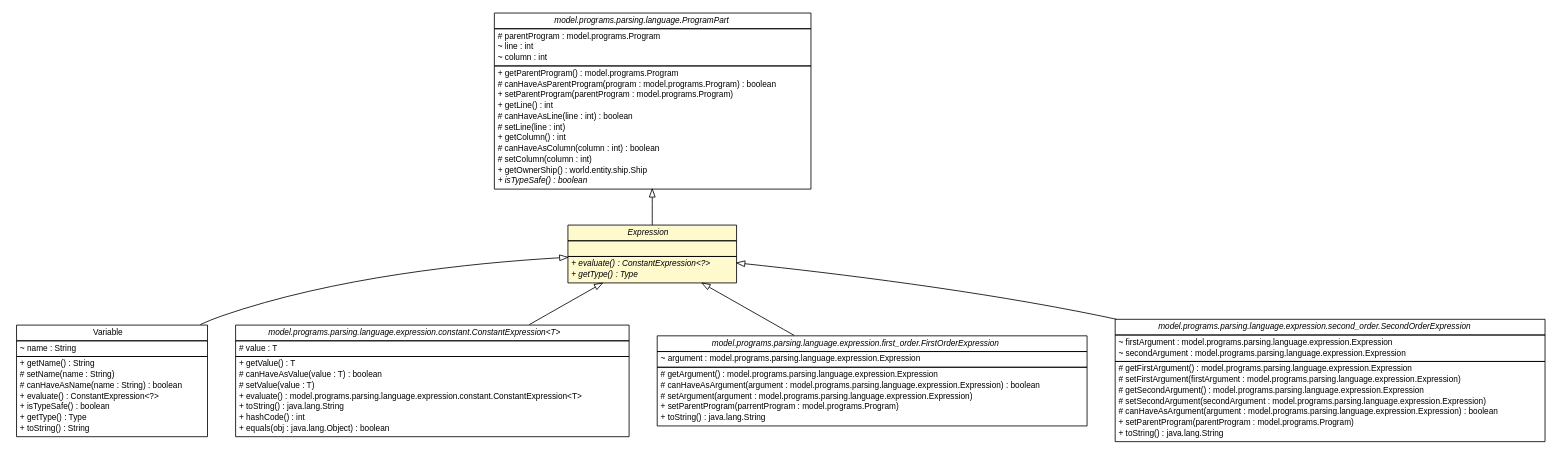
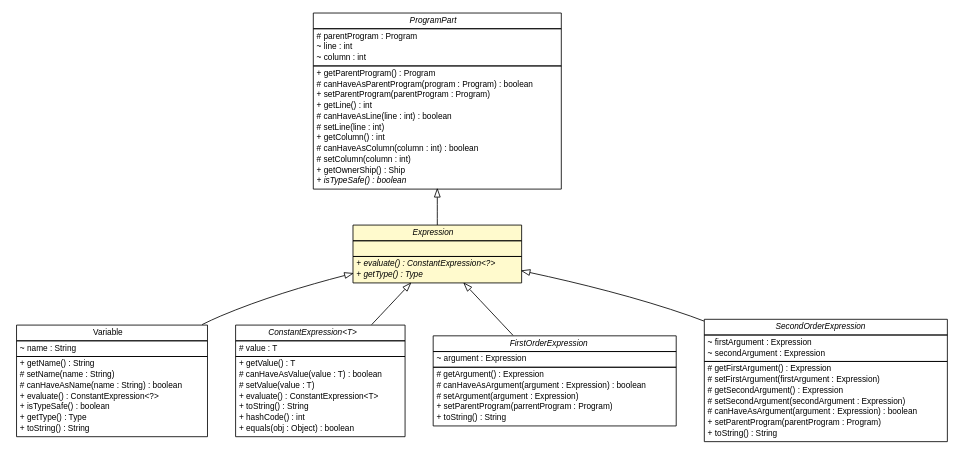
The diagram in doc/model/programs/parsing/language/expression/Expression.dot (sinopeus/asteroids), drawn with Graphviz before and after one commit. The commit also changed 412 other files, not shown here.

Commit message:
Some more UML shit.

```diff
--- a/doc/model/programs/parsing/language/expression/Expression.dot
+++ b/doc/model/programs/parsing/language/expression/Expression.dot
@@ -1,130 +1,130 @@
 #!/usr/local/bin/dot
 #
 # Class diagram 
 # Generated by UMLGraph version R5_6 (http://www.umlgraph.org/)
 #
 
 digraph G {
 	edge [fontname="Helvetica",fontsize=10,labelfontname="Helvetica",labelfontsize=10];
 	node [fontname="Helvetica",fontsize=10,shape=plaintext];
 	nodesep=0.25;
 	ranksep=0.5;
 	// model.programs.parsing.language.ProgramPart
 	c8461 [label=<<table title="model.programs.parsing.language.ProgramPart" border="0" cellborder="1" cellspacing="0" cellpadding="2" port="p" href="../ProgramPart.html">
 		<tr><td><table border="0" cellspacing="0" cellpadding="1">
-<tr><td align="center" balign="center"><font face="Helvetica-Oblique"> model.programs.parsing.language.ProgramPart </font></td></tr>
+<tr><td align="center" balign="center"><font face="Helvetica-Oblique"> ProgramPart </font></td></tr>
 		</table></td></tr>
 		<tr><td><table border="0" cellspacing="0" cellpadding="1">
-<tr><td align="left" balign="left"> # parentProgram : model.programs.Program </td></tr>
+<tr><td align="left" balign="left"> # parentProgram : Program </td></tr>
 <tr><td align="left" balign="left"> ~ line : int </td></tr>
 <tr><td align="left" balign="left"> ~ column : int </td></tr>
 		</table></td></tr>
 		<tr><td><table border="0" cellspacing="0" cellpadding="1">
-<tr><td align="left" balign="left"> + getParentProgram() : model.programs.Program </td></tr>
-<tr><td align="left" balign="left"> # canHaveAsParentProgram(program : model.programs.Program) : boolean </td></tr>
-<tr><td align="left" balign="left"> + setParentProgram(parentProgram : model.programs.Program) </td></tr>
+<tr><td align="left" balign="left"> + getParentProgram() : Program </td></tr>
+<tr><td align="left" balign="left"> # canHaveAsParentProgram(program : Program) : boolean </td></tr>
+<tr><td align="left" balign="left"> + setParentProgram(parentProgram : Program) </td></tr>
 <tr><td align="left" balign="left"> + getLine() : int </td></tr>
 <tr><td align="left" balign="left"> # canHaveAsLine(line : int) : boolean </td></tr>
 <tr><td align="left" balign="left"> # setLine(line : int) </td></tr>
 <tr><td align="left" balign="left"> + getColumn() : int </td></tr>
 <tr><td align="left" balign="left"> # canHaveAsColumn(column : int) : boolean </td></tr>
 <tr><td align="left" balign="left"> # setColumn(column : int) </td></tr>
-<tr><td align="left" balign="left"> + getOwnerShip() : world.entity.ship.Ship </td></tr>
+<tr><td align="left" balign="left"> + getOwnerShip() : Ship </td></tr>
 <tr><td align="left" balign="left"><font face="Helvetica-Oblique" point-size="10.0"> + isTypeSafe() : boolean </font></td></tr>
 		</table></td></tr>
 		</table>>, URL="../ProgramPart.html", fontname="Helvetica", fontcolor="black", fontsize=10.0];
 	// model.programs.parsing.language.expression.Variable
 	c8463 [label=<<table title="model.programs.parsing.language.expression.Variable" border="0" cellborder="1" cellspacing="0" cellpadding="2" port="p" href="./Variable.html">
 		<tr><td><table border="0" cellspacing="0" cellpadding="1">
 <tr><td align="center" balign="center"> Variable </td></tr>
 		</table></td></tr>
 		<tr><td><table border="0" cellspacing="0" cellpadding="1">
 <tr><td align="left" balign="left"> ~ name : String </td></tr>
 		</table></td></tr>
 		<tr><td><table border="0" cellspacing="0" cellpadding="1">
 <tr><td align="left" balign="left"> + getName() : String </td></tr>
 <tr><td align="left" balign="left"> # setName(name : String) </td></tr>
 <tr><td align="left" balign="left"> # canHaveAsName(name : String) : boolean </td></tr>
 <tr><td align="left" balign="left"> + evaluate() : ConstantExpression&lt;?&gt; </td></tr>
 <tr><td align="left" balign="left"> + isTypeSafe() : boolean </td></tr>
 <tr><td align="left" balign="left"> + getType() : Type </td></tr>
 <tr><td align="left" balign="left"> + toString() : String </td></tr>
 		</table></td></tr>
 		</table>>, URL="./Variable.html", fontname="Helvetica", fontcolor="black", fontsize=10.0];
 	// model.programs.parsing.language.expression.Expression
 	c8464 [label=<<table title="model.programs.parsing.language.expression.Expression" border="0" cellborder="1" cellspacing="0" cellpadding="2" port="p" bgcolor="lemonChiffon" href="./Expression.html">
 		<tr><td><table border="0" cellspacing="0" cellpadding="1">
 <tr><td align="center" balign="center"><font face="Helvetica-Oblique"> Expression </font></td></tr>
 		</table></td></tr>
 		<tr><td><table border="0" cellspacing="0" cellpadding="1">
 <tr><td align="left" balign="left">  </td></tr>
 		</table></td></tr>
 		<tr><td><table border="0" cellspacing="0" cellpadding="1">
 <tr><td align="left" balign="left"><font face="Helvetica-Oblique" point-size="10.0"> + evaluate() : ConstantExpression&lt;?&gt; </font></td></tr>
 <tr><td align="left" balign="left"><font face="Helvetica-Oblique" point-size="10.0"> + getType() : Type </font></td></tr>
 		</table></td></tr>
 		</table>>, URL="./Expression.html", fontname="Helvetica", fontcolor="black", fontsize=10.0];
 	// model.programs.parsing.language.expression.constant.ConstantExpression<T>
 	c8465 [label=<<table title="model.programs.parsing.language.expression.constant.ConstantExpression" border="0" cellborder="1" cellspacing="0" cellpadding="2" port="p" href="./constant/ConstantExpression.html">
 		<tr><td><table border="0" cellspacing="0" cellpadding="1">
-<tr><td align="center" balign="center"><font face="Helvetica-Oblique"> model.programs.parsing.language.expression.constant.ConstantExpression&lt;T&gt; </font></td></tr>
+<tr><td align="center" balign="center"><font face="Helvetica-Oblique"> ConstantExpression&lt;T&gt; </font></td></tr>
 		</table></td></tr>
 		<tr><td><table border="0" cellspacing="0" cellpadding="1">
 <tr><td align="left" balign="left"> # value : T </td></tr>
 		</table></td></tr>
 		<tr><td><table border="0" cellspacing="0" cellpadding="1">
 <tr><td align="left" balign="left"> + getValue() : T </td></tr>
 <tr><td align="left" balign="left"> # canHaveAsValue(value : T) : boolean </td></tr>
 <tr><td align="left" balign="left"> # setValue(value : T) </td></tr>
-<tr><td align="left" balign="left"> + evaluate() : model.programs.parsing.language.expression.constant.ConstantExpression&lt;T&gt; </td></tr>
-<tr><td align="left" balign="left"> + toString() : java.lang.String </td></tr>
+<tr><td align="left" balign="left"> + evaluate() : ConstantExpression&lt;T&gt; </td></tr>
+<tr><td align="left" balign="left"> + toString() : String </td></tr>
 <tr><td align="left" balign="left"> + hashCode() : int </td></tr>
-<tr><td align="left" balign="left"> + equals(obj : java.lang.Object) : boolean </td></tr>
+<tr><td align="left" balign="left"> + equals(obj : Object) : boolean </td></tr>
 		</table></td></tr>
 		</table>>, URL="./constant/ConstantExpression.html", fontname="Helvetica", fontcolor="black", fontsize=10.0];
 	// model.programs.parsing.language.expression.first_order.FirstOrderExpression
 	c8481 [label=<<table title="model.programs.parsing.language.expression.first_order.FirstOrderExpression" border="0" cellborder="1" cellspacing="0" cellpadding="2" port="p" href="./first_order/FirstOrderExpression.html">
 		<tr><td><table border="0" cellspacing="0" cellpadding="1">
-<tr><td align="center" balign="center"><font face="Helvetica-Oblique"> model.programs.parsing.language.expression.first_order.FirstOrderExpression </font></td></tr>
+<tr><td align="center" balign="center"><font face="Helvetica-Oblique"> FirstOrderExpression </font></td></tr>
 		</table></td></tr>
 		<tr><td><table border="0" cellspacing="0" cellpadding="1">
-<tr><td align="left" balign="left"> ~ argument : model.programs.parsing.language.expression.Expression </td></tr>
+<tr><td align="left" balign="left"> ~ argument : Expression </td></tr>
 		</table></td></tr>
 		<tr><td><table border="0" cellspacing="0" cellpadding="1">
-<tr><td align="left" balign="left"> # getArgument() : model.programs.parsing.language.expression.Expression </td></tr>
-<tr><td align="left" balign="left"> # canHaveAsArgument(argument : model.programs.parsing.language.expression.Expression) : boolean </td></tr>
-<tr><td align="left" balign="left"> # setArgument(argument : model.programs.parsing.language.expression.Expression) </td></tr>
-<tr><td align="left" balign="left"> + setParentProgram(parrentProgram : model.programs.Program) </td></tr>
-<tr><td align="left" balign="left"> + toString() : java.lang.String </td></tr>
+<tr><td align="left" balign="left"> # getArgument() : Expression </td></tr>
+<tr><td align="left" balign="left"> # canHaveAsArgument(argument : Expression) : boolean </td></tr>
+<tr><td align="left" balign="left"> # setArgument(argument : Expression) </td></tr>
+<tr><td align="left" balign="left"> + setParentProgram(parrentProgram : Program) </td></tr>
+<tr><td align="left" balign="left"> + toString() : String </td></tr>
 		</table></td></tr>
 		</table>>, URL="./first_order/FirstOrderExpression.html", fontname="Helvetica", fontcolor="black", fontsize=10.0];
 	// model.programs.parsing.language.expression.second_order.SecondOrderExpression
 	c8492 [label=<<table title="model.programs.parsing.language.expression.second_order.SecondOrderExpression" border="0" cellborder="1" cellspacing="0" cellpadding="2" port="p" href="./second_order/SecondOrderExpression.html">
 		<tr><td><table border="0" cellspacing="0" cellpadding="1">
-<tr><td align="center" balign="center"><font face="Helvetica-Oblique"> model.programs.parsing.language.expression.second_order.SecondOrderExpression </font></td></tr>
+<tr><td align="center" balign="center"><font face="Helvetica-Oblique"> SecondOrderExpression </font></td></tr>
 		</table></td></tr>
 		<tr><td><table border="0" cellspacing="0" cellpadding="1">
-<tr><td align="left" balign="left"> ~ firstArgument : model.programs.parsing.language.expression.Expression </td></tr>
-<tr><td align="left" balign="left"> ~ secondArgument : model.programs.parsing.language.expression.Expression </td></tr>
+<tr><td align="left" balign="left"> ~ firstArgument : Expression </td></tr>
+<tr><td align="left" balign="left"> ~ secondArgument : Expression </td></tr>
 		</table></td></tr>
 		<tr><td><table border="0" cellspacing="0" cellpadding="1">
-<tr><td align="left" balign="left"> # getFirstArgument() : model.programs.parsing.language.expression.Expression </td></tr>
-<tr><td align="left" balign="left"> # setFirstArgument(firstArgument : model.programs.parsing.language.expression.Expression) </td></tr>
-<tr><td align="left" balign="left"> # getSecondArgument() : model.programs.parsing.language.expression.Expression </td></tr>
-<tr><td align="left" balign="left"> # setSecondArgument(secondArgument : model.programs.parsing.language.expression.Expression) </td></tr>
-<tr><td align="left" balign="left"> # canHaveAsArgument(argument : model.programs.parsing.language.expression.Expression) : boolean </td></tr>
-<tr><td align="left" balign="left"> + setParentProgram(parentProgram : model.programs.Program) </td></tr>
-<tr><td align="left" balign="left"> + toString() : java.lang.String </td></tr>
+<tr><td align="left" balign="left"> # getFirstArgument() : Expression </td></tr>
+<tr><td align="left" balign="left"> # setFirstArgument(firstArgument : Expression) </td></tr>
+<tr><td align="left" balign="left"> # getSecondArgument() : Expression </td></tr>
+<tr><td align="left" balign="left"> # setSecondArgument(secondArgument : Expression) </td></tr>
+<tr><td align="left" balign="left"> # canHaveAsArgument(argument : Expression) : boolean </td></tr>
+<tr><td align="left" balign="left"> + setParentProgram(parentProgram : Program) </td></tr>
+<tr><td align="left" balign="left"> + toString() : String </td></tr>
 		</table></td></tr>
 		</table>>, URL="./second_order/SecondOrderExpression.html", fontname="Helvetica", fontcolor="black", fontsize=10.0];
 	//model.programs.parsing.language.expression.Variable extends model.programs.parsing.language.expression.Expression
 	c8464:p -> c8463:p [dir=back,arrowtail=empty];
 	//model.programs.parsing.language.expression.Expression extends model.programs.parsing.language.ProgramPart
 	c8461:p -> c8464:p [dir=back,arrowtail=empty];
 	//model.programs.parsing.language.expression.constant.ConstantExpression<T> extends model.programs.parsing.language.expression.Expression
 	c8464:p -> c8465:p [dir=back,arrowtail=empty];
 	//model.programs.parsing.language.expression.first_order.FirstOrderExpression extends model.programs.parsing.language.expression.Expression
 	c8464:p -> c8481:p [dir=back,arrowtail=empty];
 	//model.programs.parsing.language.expression.second_order.SecondOrderExpression extends model.programs.parsing.language.expression.Expression
 	c8464:p -> c8492:p [dir=back,arrowtail=empty];
 }
```
